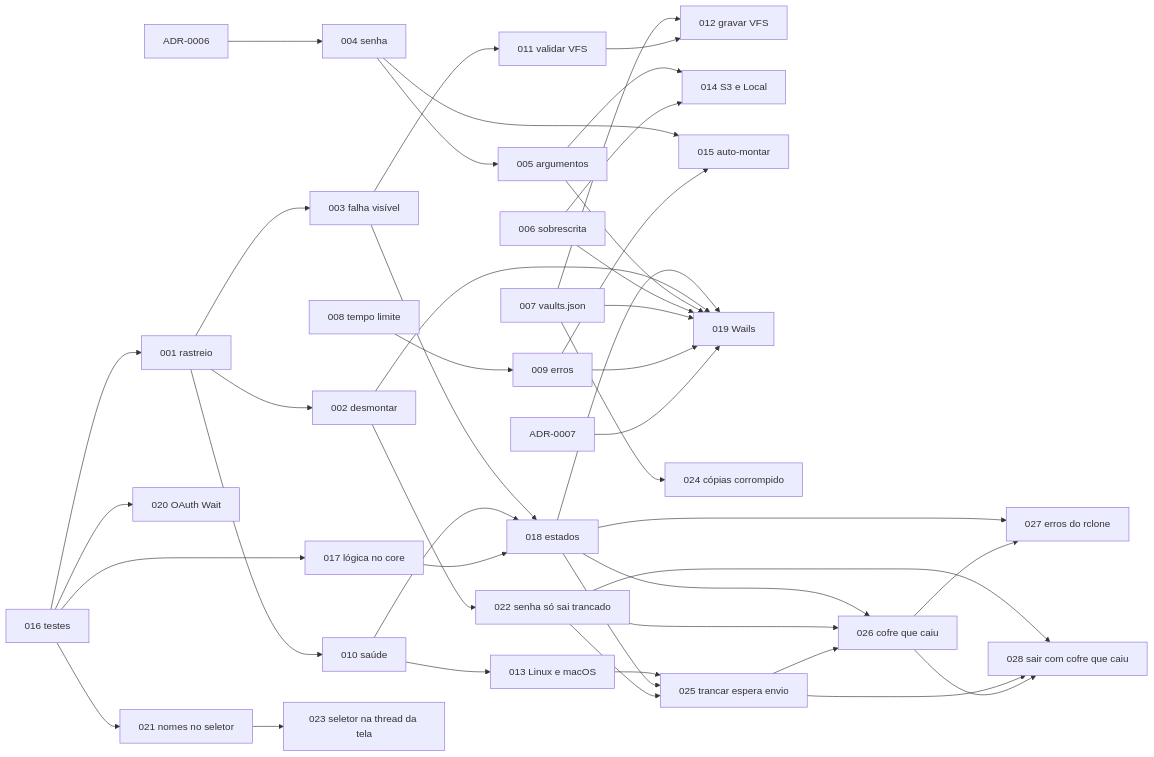
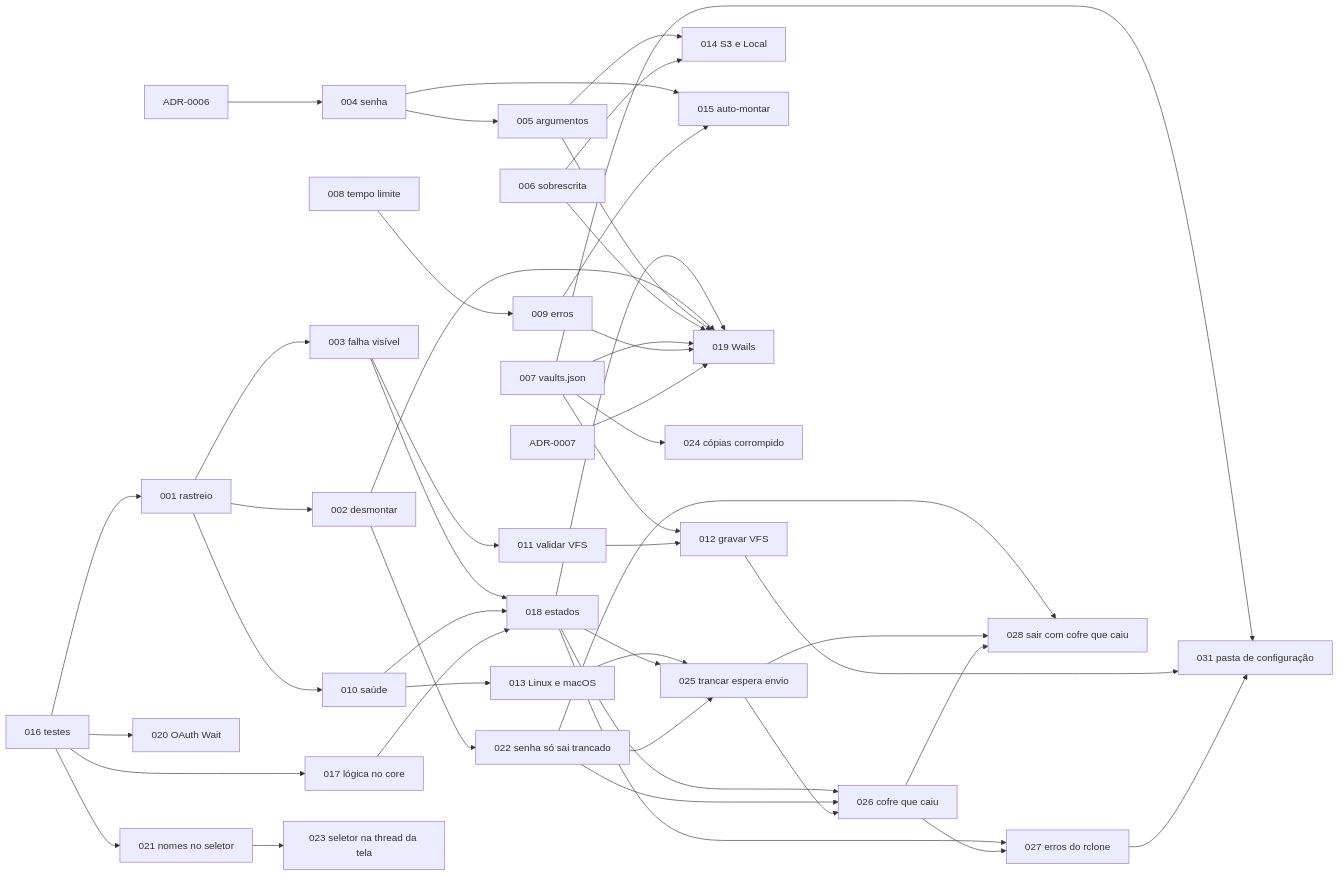
One commit to douglassouza-dev/runtime-crypt-go changed the diagram in docs/demanda/index.md. Above: the diagram before and after it, drawn with Mermaid. The commit also changed other lines of this file and 9 other files, not shown here.

First line of the commit message:
031: vaults.json, vfs.json e log na pasta de configuração do usuário

````diff
--- a/docs/demanda/index.md
+++ b/docs/demanda/index.md
@@ -42,47 +43,50 @@
 ```mermaid
 flowchart LR
     d016["016 testes"] --> d001["001 rastreio"]
     d001 --> d002["002 desmontar"]
     d001 --> d003["003 falha visível"]
     d001 --> d010["010 saúde"]
     adr6["ADR-0006"] --> d004["004 senha"]
     d004 --> d005["005 argumentos"]
     d006["006 sobrescrita"]
     d007["007 vaults.json"]
     d008["008 tempo limite"] --> d009["009 erros"]
     d003 --> d011["011 validar VFS"]
     d007 --> d012["012 gravar VFS"]
     d011 --> d012
     d010 --> d013["013 Linux e macOS"]
     d005 --> d014["014 S3 e Local"]
     d006 --> d014
     d004 --> d015["015 auto-montar"]
     d009 --> d015
     d016 --> d017["017 lógica no core"]
     d016 --> d020["020 OAuth Wait"]
     d016 --> d021["021 nomes no seletor"]
     d003 --> d018["018 estados"]
     d010 --> d018
     d017 --> d018
     d018 --> d019["019 Wails"]
     d002 --> d019
     d005 --> d019
     d006 --> d019
     d007 --> d019
     d009 --> d019
     adr7["ADR-0007"] --> d019
     d002 --> d022["022 senha só sai trancado"]
     d021 --> d023["023 seletor na thread da tela"]
     d007 --> d024["024 cópias corrompido"]
     d013 --> d025["025 trancar espera envio"]
     d018 --> d025
     d022 --> d025
     d018 --> d026["026 cofre que caiu"]
     d022 --> d026
     d025 --> d026
     d018 --> d027["027 erros do rclone"]
     d026 --> d027
     d022 --> d028["028 sair com cofre que caiu"]
     d025 --> d028
     d026 --> d028
+    d007 --> d031["031 pasta de configuração"]
+    d012 --> d031
+    d027 --> d031
 ```
````
